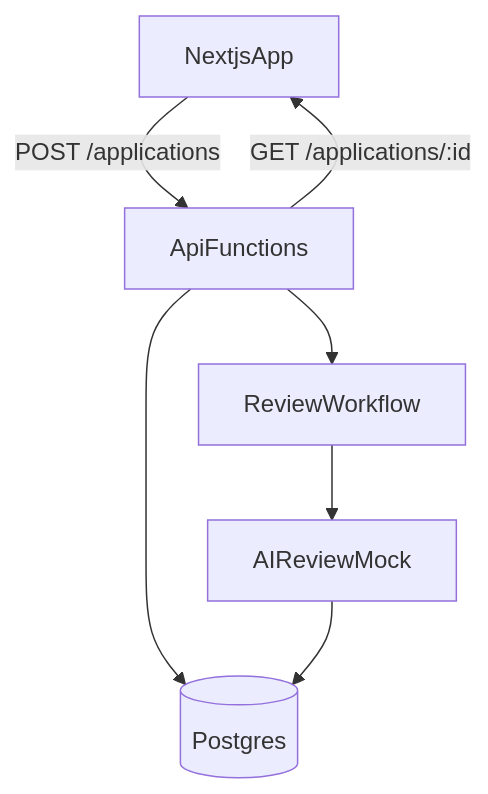
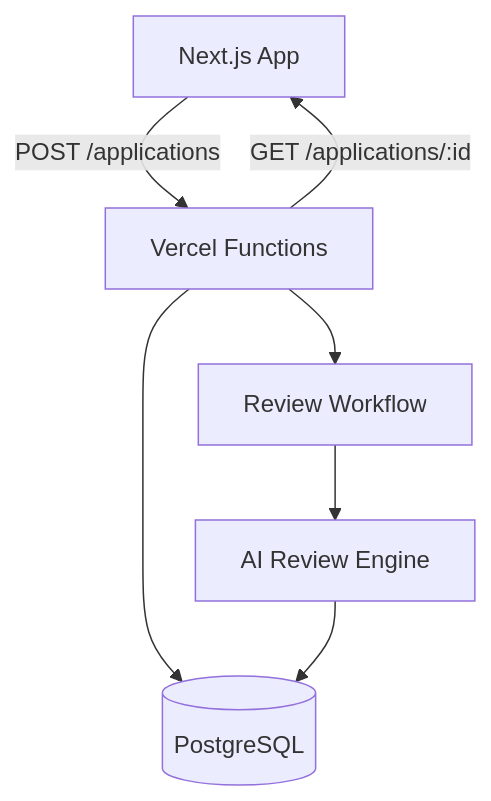
Before and after one commit to saifxsaif/Rentals-Inc: the diagram in README.md, drawn with Mermaid. The commit also changed other lines of this file, not shown here.

````diff
--- a/README.md
+++ b/README.md
@@ -12,9 +54,9 @@
 ```mermaid
 flowchart TD
-  Web[NextjsApp] -->|POST /applications| Api[ApiFunctions]
-  Api --> Db[(Postgres)]
-  Api --> Wf[ReviewWorkflow]
-  Wf --> Ai[AIReviewMock]
+  Web[Next.js App] -->|POST /applications| Api[Vercel Functions]
+  Api --> Db[(PostgreSQL)]
+  Api --> Wf[Review Workflow]
+  Wf --> Ai[AI Review Engine]
   Ai --> Db
   Api -->|GET /applications/:id| Web
 ```
````
